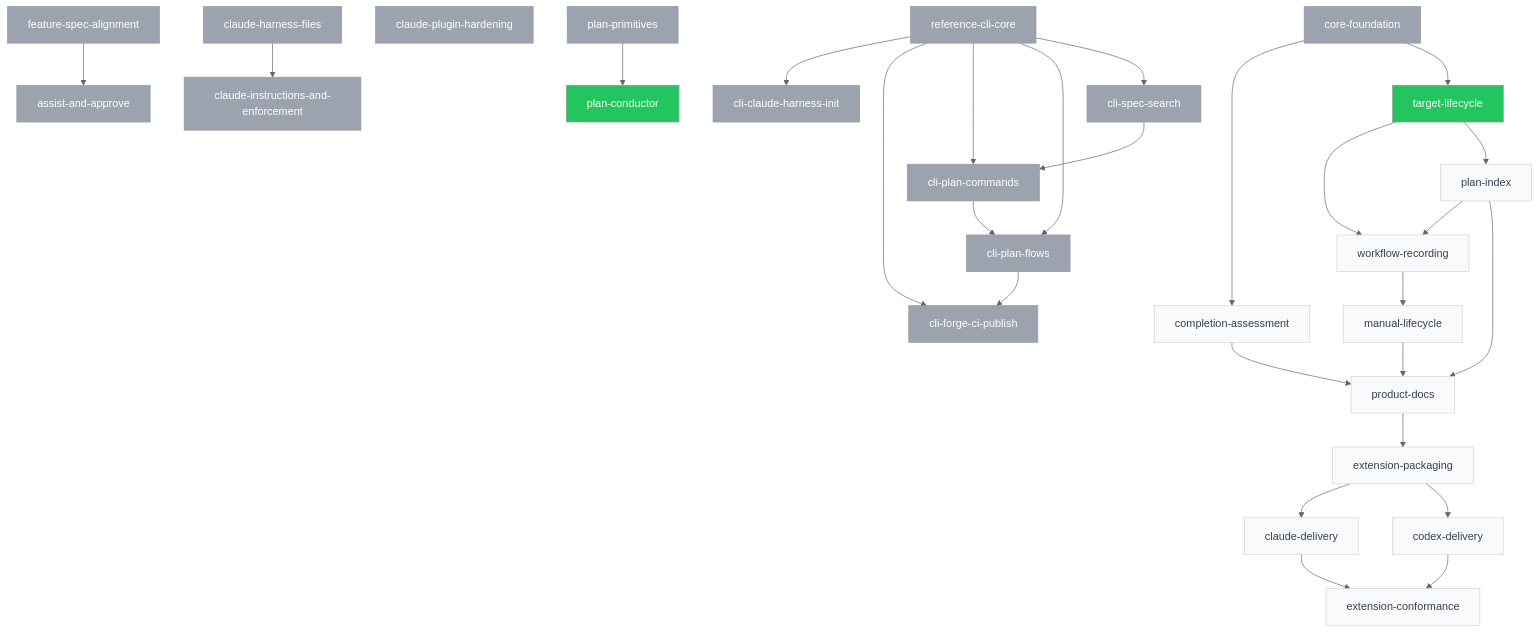
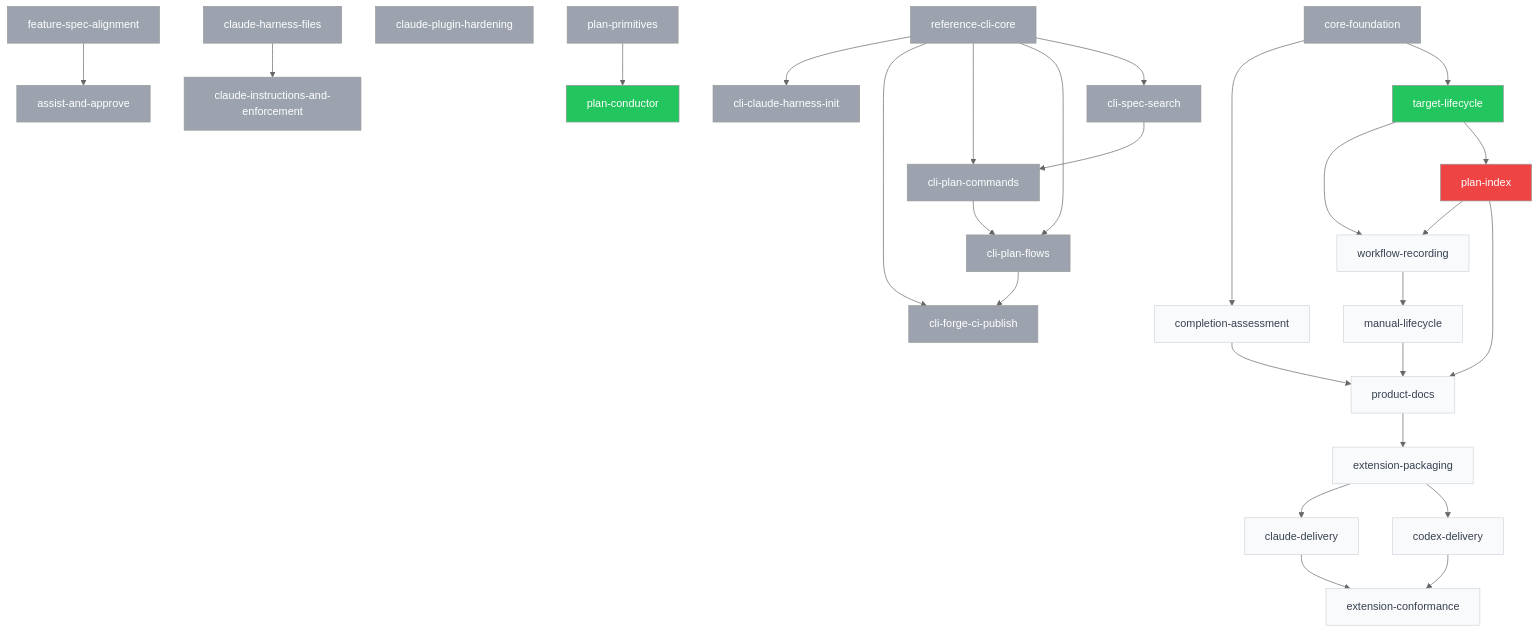
One commit to SpiralSky/specplane changed the diagram in plans/PLANS.md. Above: the diagram before and after it, drawn with Mermaid (neutral theme). The commit also changed other lines of this file and 1 other file, not shown here.

Commit message:
docs(2026-11-02-plan-index): approve plan
Specplane-Workflow: approve
Specplane-Agent: claude-code/claude-opus-5-5
Specplane-Session: 34265f08-4042-4656-a421-be12c7913e61

````diff
--- a/plans/PLANS.md
+++ b/plans/PLANS.md
@@ -41,60 +41,60 @@
 ```mermaid
 graph TD
     p_2026_10_28_reference_cli_core[reference-cli-core]:::done
     p_2026_10_29_assist_and_approve[assist-and-approve]:::done
     p_2026_10_29_claude_harness_files[claude-harness-files]:::done
     p_2026_10_29_claude_instructions_and_enforcement[claude-instructions-and-enforcement]:::done
     p_2026_10_29_claude_plugin_hardening[claude-plugin-hardening]:::done
     p_2026_10_29_cli_claude_harness_init[cli-claude-harness-init]:::done
     p_2026_10_29_cli_forge_ci_publish[cli-forge-ci-publish]:::done
     p_2026_10_29_cli_plan_commands[cli-plan-commands]:::done
     p_2026_10_29_cli_plan_flows[cli-plan-flows]:::done
     p_2026_10_29_cli_spec_search[cli-spec-search]:::done
     p_2026_10_29_feature_spec_alignment[feature-spec-alignment]:::done
     p_2026_10_30_plan_conductor[plan-conductor]:::ready
     p_2026_10_30_plan_primitives[plan-primitives]:::done
     p_2026_11_01_claude_delivery[claude-delivery]:::draft
     p_2026_11_01_codex_delivery[codex-delivery]:::draft
     p_2026_11_01_core_foundation[core-foundation]:::done
     p_2026_11_01_extension_conformance[extension-conformance]:::draft
     p_2026_11_01_extension_packaging[extension-packaging]:::draft
     p_2026_11_01_manual_lifecycle[manual-lifecycle]:::draft
     p_2026_11_01_workflow_recording[workflow-recording]:::draft
     p_2026_11_02_completion_assessment[completion-assessment]:::draft
-    p_2026_11_02_plan_index[plan-index]:::draft
+    p_2026_11_02_plan_index[plan-index]:::blocked
     p_2026_11_02_product_docs[product-docs]:::draft
     p_2026_11_02_target_lifecycle[target-lifecycle]:::ready
     p_2026_10_29_feature_spec_alignment --> p_2026_10_29_assist_and_approve
     p_2026_10_29_claude_harness_files --> p_2026_10_29_claude_instructions_and_enforcement
     p_2026_10_28_reference_cli_core --> p_2026_10_29_cli_claude_harness_init
     p_2026_10_28_reference_cli_core --> p_2026_10_29_cli_forge_ci_publish
     p_2026_10_29_cli_plan_flows --> p_2026_10_29_cli_forge_ci_publish
     p_2026_10_28_reference_cli_core --> p_2026_10_29_cli_plan_commands
     p_2026_10_29_cli_spec_search --> p_2026_10_29_cli_plan_commands
     p_2026_10_28_reference_cli_core --> p_2026_10_29_cli_plan_flows
     p_2026_10_29_cli_plan_commands --> p_2026_10_29_cli_plan_flows
     p_2026_10_28_reference_cli_core --> p_2026_10_29_cli_spec_search
     p_2026_10_30_plan_primitives --> p_2026_10_30_plan_conductor
     p_2026_11_01_extension_packaging --> p_2026_11_01_claude_delivery
     p_2026_11_01_extension_packaging --> p_2026_11_01_codex_delivery
     p_2026_11_01_claude_delivery --> p_2026_11_01_extension_conformance
     p_2026_11_01_codex_delivery --> p_2026_11_01_extension_conformance
     p_2026_11_02_product_docs --> p_2026_11_01_extension_packaging
     p_2026_11_01_workflow_recording --> p_2026_11_01_manual_lifecycle
     p_2026_11_02_plan_index --> p_2026_11_01_workflow_recording
     p_2026_11_02_target_lifecycle --> p_2026_11_01_workflow_recording
     p_2026_11_01_core_foundation --> p_2026_11_02_completion_assessment
     p_2026_11_02_target_lifecycle --> p_2026_11_02_plan_index
     p_2026_11_01_manual_lifecycle --> p_2026_11_02_product_docs
     p_2026_11_02_completion_assessment --> p_2026_11_02_product_docs
     p_2026_11_02_plan_index --> p_2026_11_02_product_docs
     p_2026_11_01_core_foundation --> p_2026_11_02_target_lifecycle
     classDef draft fill:#f9fafb,color:#374151,stroke:#d1d5db
     classDef ready fill:#22c55e,color:#fff
     classDef blocked fill:#ef4444,color:#fff
     classDef in_progress fill:#3b82f6,color:#fff
     classDef review fill:#60a5fa,color:#fff
     classDef done fill:#9ca3af,color:#fff
     classDef abandoned fill:#9ca3af,color:#fff,text-decoration:line-through
     classDef shelved fill:#fef3c7,color:#92400e,stroke:#d97706
 ```
````
